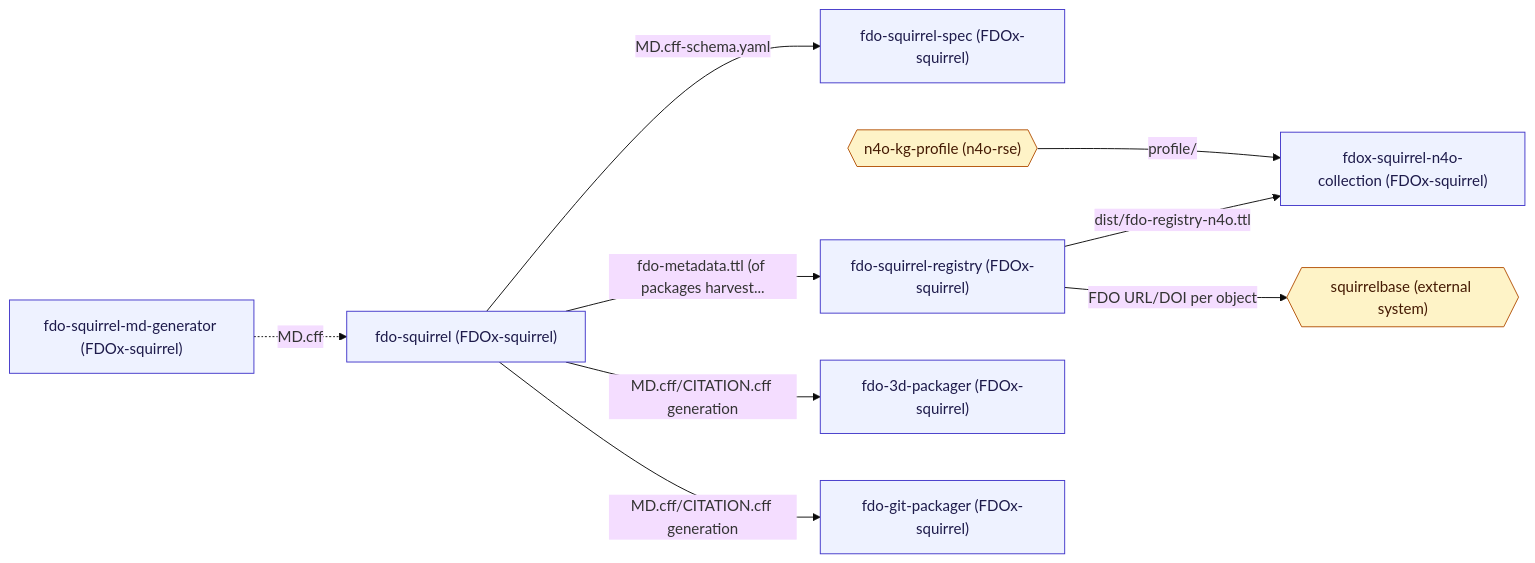
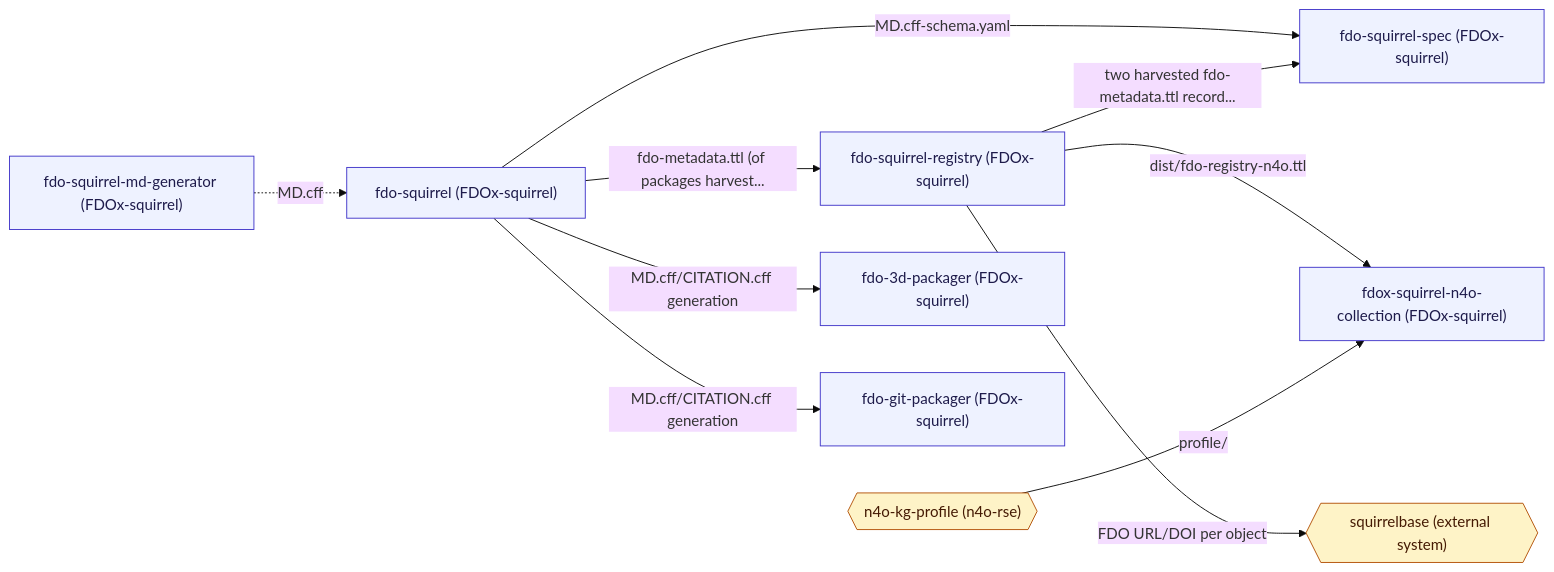
Before and after one commit to FDOx-squirrel/fdo-architecture: the diagram in dist/architecture.mmd, drawn with Mermaid (base theme). The commit also changed 3 other files, not shown here.

First line of the commit message:
Nachtrag: fdo-squirrel-spec S2/S3 in registry.yaml und Plan

```diff
--- a/dist/architecture.mmd
+++ b/dist/architecture.mmd
@@ -1,40 +1,41 @@
 flowchart LR
     classDef repo fill:#eef2ff,stroke:#4338ca,color:#1e1b4b;
     classDef external fill:#fef3c7,stroke:#b45309,color:#451a03;
 
     fdo_squirrel_md_generator["fdo-squirrel-md-generator (FDOx-squirrel)"]
     fdo_squirrel["fdo-squirrel (FDOx-squirrel)"]
     fdo_squirrel_spec["fdo-squirrel-spec (FDOx-squirrel)"]
     fdo_squirrel_registry["fdo-squirrel-registry (FDOx-squirrel)"]
     fdox_squirrel_n4o_collection["fdox-squirrel-n4o-collection (FDOx-squirrel)"]
     n4o_kg_profile{{"n4o-kg-profile (n4o-rse)"}}
     squirrelbase{{"squirrelbase (external system)"}}
     fdo_3d_packager["fdo-3d-packager (FDOx-squirrel)"]
     fdo_git_packager["fdo-git-packager (FDOx-squirrel)"]
 
     fdo_squirrel_md_generator -. "MD.cff" .-> fdo_squirrel
     fdo_squirrel -- "MD.cff-schema.yaml" --> fdo_squirrel_spec
+    fdo_squirrel_registry -- "two harvested fdo-metadata.ttl record..." --> fdo_squirrel_spec
     fdo_squirrel -- "fdo-metadata.ttl (of packages harvest..." --> fdo_squirrel_registry
     fdo_squirrel_registry -- "dist/fdo-registry-n4o.ttl" --> fdox_squirrel_n4o_collection
     n4o_kg_profile -- "profile/" --> fdox_squirrel_n4o_collection
     fdo_squirrel_registry -- "FDO URL/DOI per object" --> squirrelbase
     fdo_squirrel -- "MD.cff/CITATION.cff generation" --> fdo_3d_packager
     fdo_squirrel -- "MD.cff/CITATION.cff generation" --> fdo_git_packager
 
     class fdo_squirrel_md_generator repo;
     click fdo_squirrel_md_generator "https://github.com/FDOx-squirrel/fdo-squirrel-md-generator" "_blank"
     class fdo_squirrel repo;
     click fdo_squirrel "https://github.com/FDOx-squirrel/fdo-squirrel" "_blank"
     class fdo_squirrel_spec repo;
     click fdo_squirrel_spec "https://github.com/FDOx-squirrel/fdo-squirrel-spec" "_blank"
     class fdo_squirrel_registry repo;
     click fdo_squirrel_registry "https://github.com/FDOx-squirrel/fdo-squirrel-registry" "_blank"
     class fdox_squirrel_n4o_collection repo;
     click fdox_squirrel_n4o_collection "https://github.com/FDOx-squirrel/fdox-squirrel-n4o-collection" "_blank"
     class n4o_kg_profile external;
     click n4o_kg_profile "https://github.com/n4o-rse/n4o-kg-profile" "_blank"
     class squirrelbase external;
     class fdo_3d_packager repo;
     click fdo_3d_packager "https://github.com/FDOx-squirrel/fdo-3d-packager" "_blank"
     class fdo_git_packager repo;
     click fdo_git_packager "https://github.com/FDOx-squirrel/fdo-git-packager" "_blank"
```
